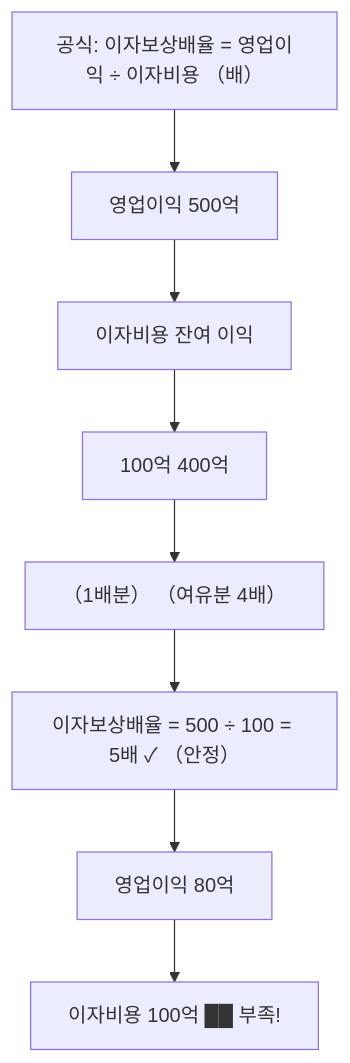
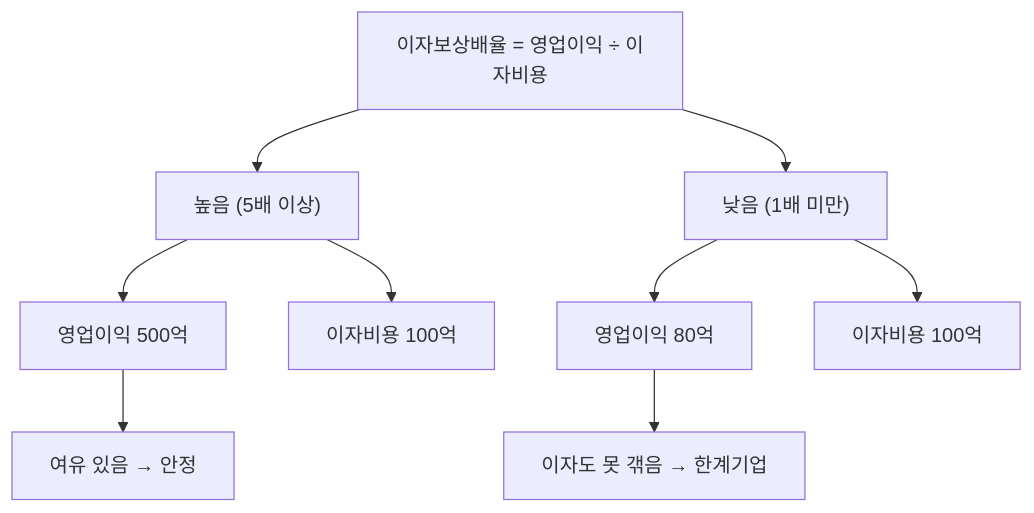
One commit to yeongseon/stock-visual-note changed the diagram in content/stock-terms/ko/level-04-ratios/interest-coverage.md. Above: the diagram before and after it, drawn with Mermaid. The commit also changed other lines of this file and 96 other files, not shown here.

Commit message:
Rewrite all 98 remaining articles: branching Mermaid diagrams, natural search_intent, compelling seo_titles, clean descriptions

````diff
--- a/content/stock-terms/ko/level-04-ratios/interest-coverage.md
+++ b/content/stock-terms/ko/level-04-ratios/interest-coverage.md
@@ -39,18 +39,12 @@
 ```mermaid
 graph TD
-    N0["공식: 이자보상배율 = 영업이익 ÷ 이자비용 （배）"]
-    N1["영업이익 500억"]
-    N2["이자비용 잔여 이익"]
-    N3["100억 400억"]
-    N4["（1배분） （여유분 4배）"]
-    N5["이자보상배율 = 500 ÷ 100 = 5배 ✓ （안정）"]
-    N6["영업이익 80억"]
-    N7["이자비용 100억 ██ 부족!"]
-    N0 --> N1
-    N1 --> N2
-    N2 --> N3
-    N3 --> N4
-    N4 --> N5
-    N5 --> N6
-    N6 --> N7
+    A["이자보상배율 = 영업이익 ÷ 이자비용"]
+    A --> B["높음 (5배 이상)"]
+    A --> C["낮음 (1배 미만)"]
+    B --> D["영업이익 500억"]
+    B --> E["이자비용 100억"]
+    D --> F["여유 있음 → 안정"]
+    C --> G["영업이익 80억"]
+    C --> H["이자비용 100억"]
+    G --> I["이자도 못 갞음 → 한계기업"]
 ```
````
